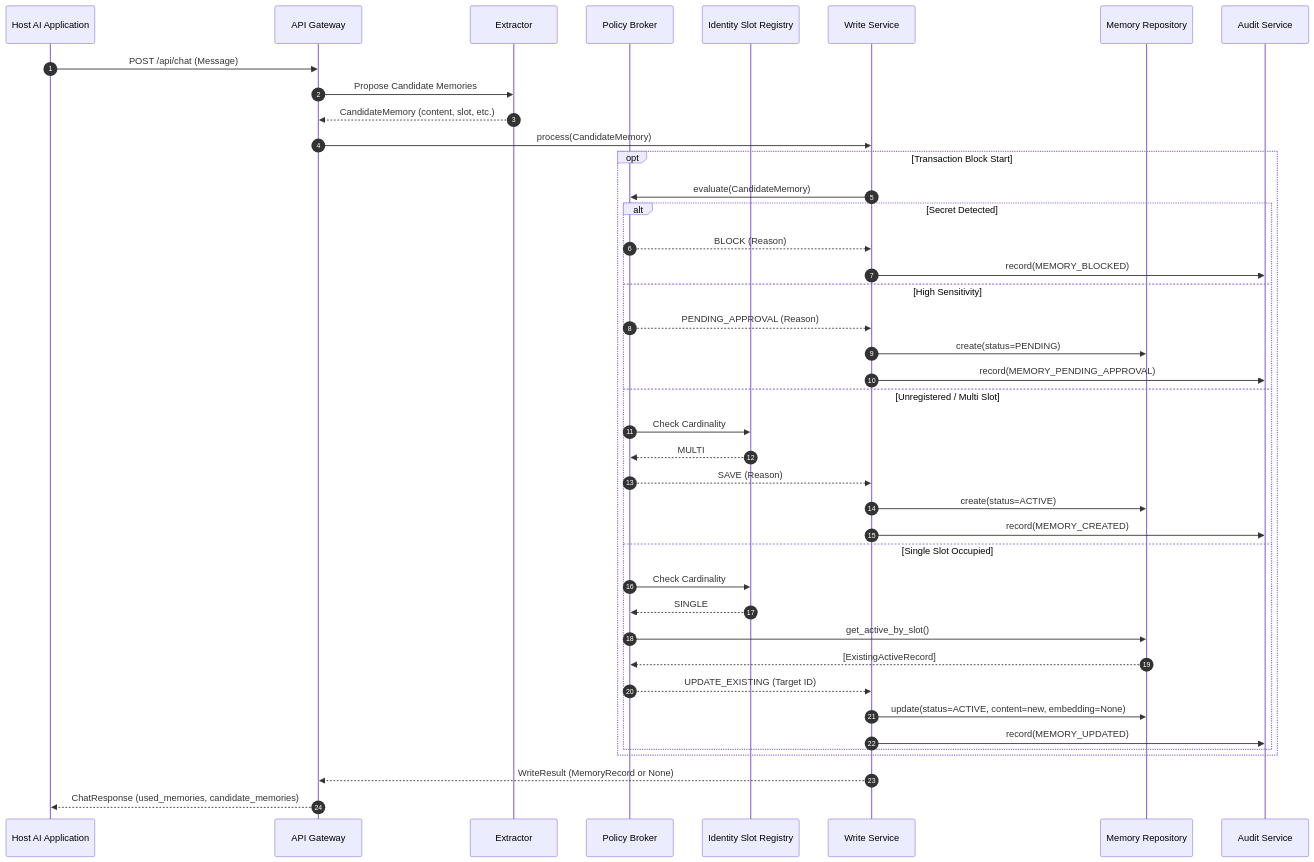
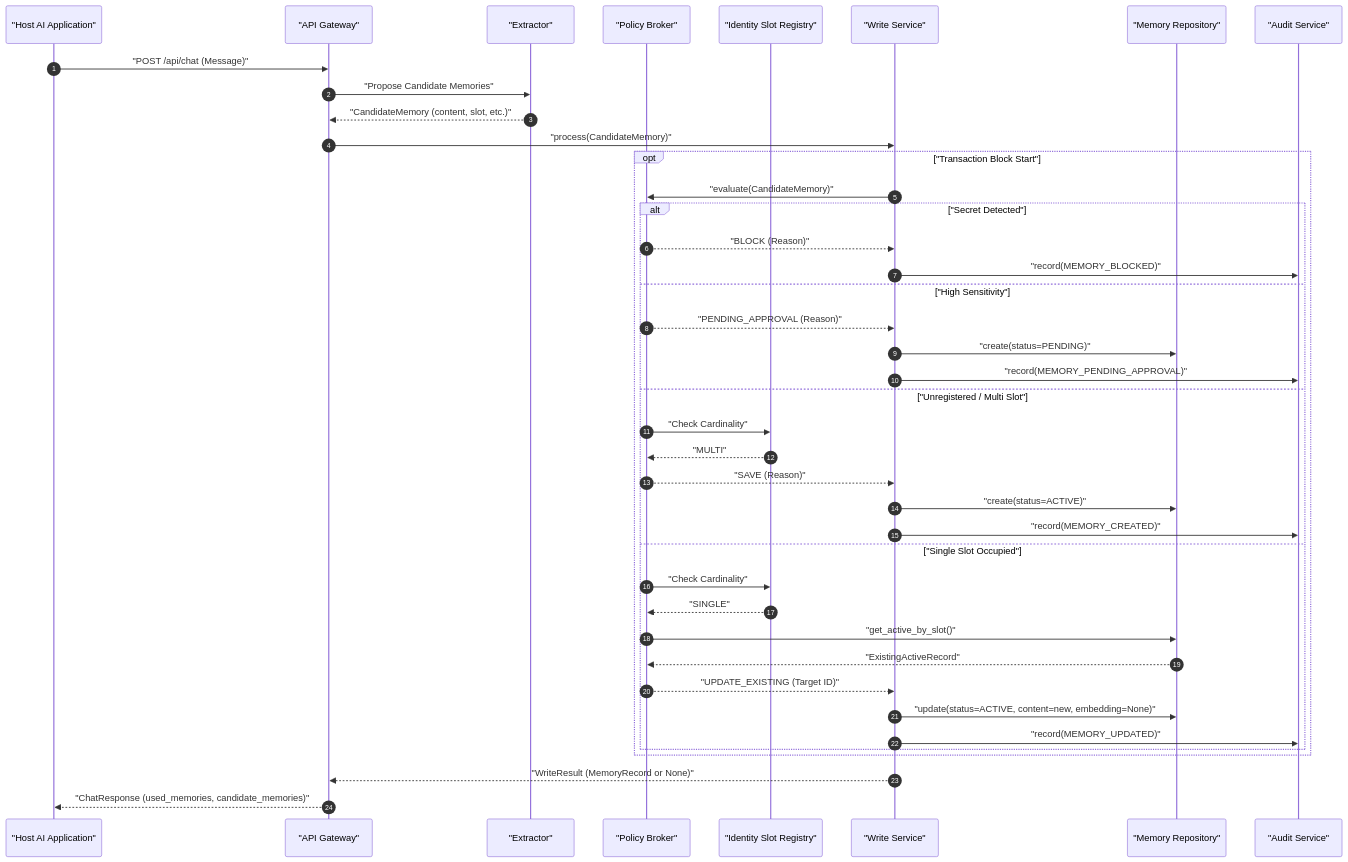
The second of 8 diagrams in README.md (jacobjerryarackal/memoryops-ai), drawn with Mermaid before and after one commit. The commit also changed other lines of this file, not shown here.

Commit message:
refactor: wrap Mermaid labels in quotes to improve diagram rendering compatibility

````diff
--- a/README.md
+++ b/README.md
@@ -144,44 +144,44 @@
 ```mermaid
 sequenceDiagram
     autonumber
-    participant App as Host AI Application
-    participant Gateway as API Gateway
-    participant Extractor as Extractor
-    participant Broker as Policy Broker
-    participant Registry as Identity Slot Registry
-    participant Write as Write Service
-    participant Repo as Memory Repository
-    participant Audit as Audit Service
+    participant App as "Host AI Application"
+    participant Gateway as "API Gateway"
+    participant Extractor as "Extractor"
+    participant Broker as "Policy Broker"
+    participant Registry as "Identity Slot Registry"
+    participant Write as "Write Service"
+    participant Repo as "Memory Repository"
+    participant Audit as "Audit Service"
 
-    App->>Gateway: POST /api/chat (Message)
-    Gateway->>Extractor: Propose Candidate Memories
-    Extractor-->>Gateway: CandidateMemory (content, slot, etc.)
-    Gateway->>Write: process(CandidateMemory)
-    opt Transaction Block Start
-        Write->>Broker: evaluate(CandidateMemory)
-        alt Secret Detected
-            Broker-->>Write: BLOCK (Reason)
-            Write->>Audit: record(MEMORY_BLOCKED)
-        else High Sensitivity
-            Broker-->>Write: PENDING_APPROVAL (Reason)
-            Write->>Repo: create(status=PENDING)
-            Write->>Audit: record(MEMORY_PENDING_APPROVAL)
-        else Unregistered / Multi Slot
-            Broker->>Registry: Check Cardinality
-            Registry-->>Broker: MULTI
-            Broker-->>Write: SAVE (Reason)
-            Write->>Repo: create(status=ACTIVE)
-            Write->>Audit: record(MEMORY_CREATED)
-        else Single Slot Occupied
-            Broker->>Registry: Check Cardinality
-            Registry-->>Broker: SINGLE
-            Broker->>Repo: get_active_by_slot()
-            Repo-->>Broker: [ExistingActiveRecord]
-            Broker-->>Write: UPDATE_EXISTING (Target ID)
-            Write->>Repo: update(status=ACTIVE, content=new, embedding=None)
-            Write->>Audit: record(MEMORY_UPDATED)
+    App->>Gateway: "POST /api/chat (Message)"
+    Gateway->>Extractor: "Propose Candidate Memories"
+    Extractor-->>Gateway: "CandidateMemory (content, slot, etc.)"
+    Gateway->>Write: "process(CandidateMemory)"
+    opt "Transaction Block Start"
+        Write->>Broker: "evaluate(CandidateMemory)"
+        alt "Secret Detected"
+            Broker-->>Write: "BLOCK (Reason)"
+            Write->>Audit: "record(MEMORY_BLOCKED)"
+        else "High Sensitivity"
+            Broker-->>Write: "PENDING_APPROVAL (Reason)"
+            Write->>Repo: "create(status=PENDING)"
+            Write->>Audit: "record(MEMORY_PENDING_APPROVAL)"
+        else "Unregistered / Multi Slot"
+            Broker->>Registry: "Check Cardinality"
+            Registry-->>Broker: "MULTI"
+            Broker-->>Write: "SAVE (Reason)"
+            Write->>Repo: "create(status=ACTIVE)"
+            Write->>Audit: "record(MEMORY_CREATED)"
+        else "Single Slot Occupied"
+            Broker->>Registry: "Check Cardinality"
+            Registry-->>Broker: "SINGLE"
+            Broker->>Repo: "get_active_by_slot()"
+            Repo-->>Broker: "ExistingActiveRecord"
+            Broker-->>Write: "UPDATE_EXISTING (Target ID)"
+            Write->>Repo: "update(status=ACTIVE, content=new, embedding=None)"
+            Write->>Audit: "record(MEMORY_UPDATED)"
         end
     end
-    Write-->>Gateway: WriteResult (MemoryRecord or None)
-    Gateway-->>App: ChatResponse (used_memories, candidate_memories)
+    Write-->>Gateway: "WriteResult (MemoryRecord or None)"
+    Gateway-->>App: "ChatResponse (used_memories, candidate_memories)"
 ```
````
